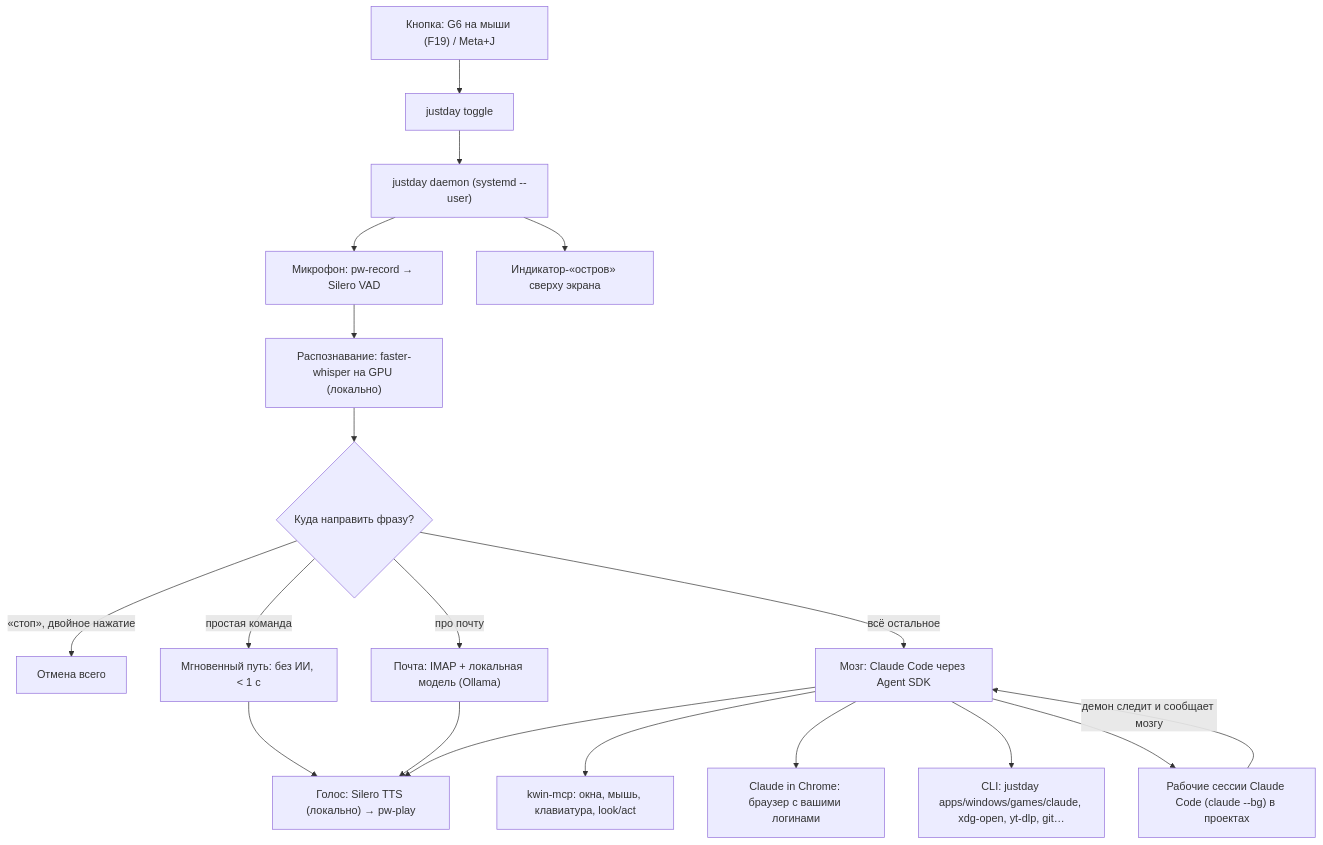
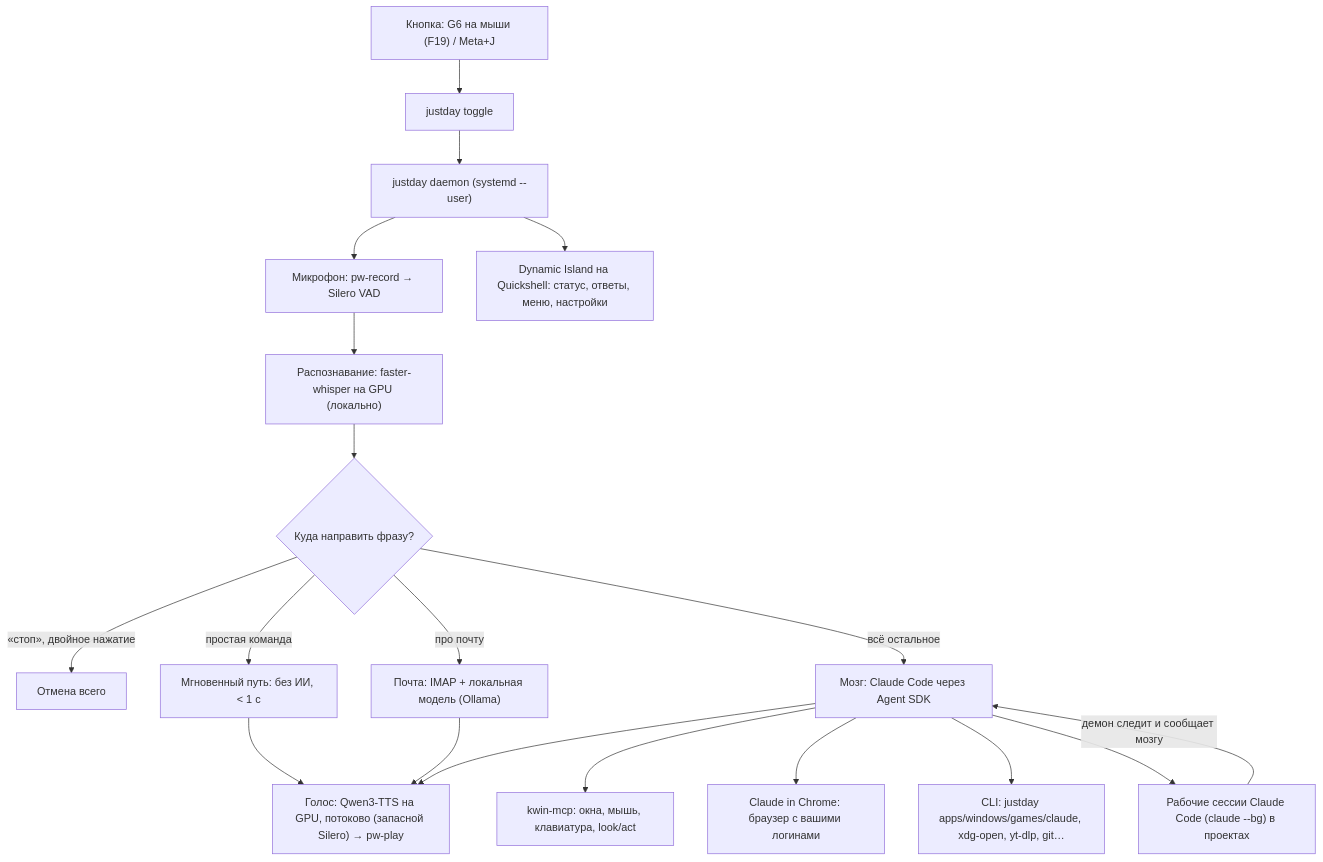
Before and after one commit to 0nigiris/JustDay: the diagram in docs/MANUAL.md, drawn with Mermaid. The commit also changed other lines of this file and 8 other files, not shown here.

````diff
--- a/docs/MANUAL.md
+++ b/docs/MANUAL.md
@@ -30,21 +30,21 @@
 ```mermaid
 flowchart TD
     K["Кнопка: G6 на мыши (F19) / Meta+J"] --> T["justday toggle"]
     T --> D["justday daemon (systemd --user)"]
     D --> MIC["Микрофон: pw-record → Silero VAD"]
     MIC --> STT["Распознавание: faster-whisper на GPU (локально)"]
     STT --> R{"Куда направить фразу?"}
     R -->|"«стоп», двойное нажатие"| C["Отмена всего"]
     R -->|"простая команда"| F["Мгновенный путь: без ИИ, < 1 с"]
     R -->|"про почту"| M["Почта: IMAP + локальная модель (Ollama)"]
     R -->|"всё остальное"| B["Мозг: Claude Code через Agent SDK"]
     B --> H1["kwin-mcp: окна, мышь, клавиатура, look/act"]
     B --> H2["Claude in Chrome: браузер с вашими логинами"]
     B --> H3["CLI: justday apps/windows/games/claude, xdg-open, yt-dlp, git…"]
     B --> W["Рабочие сессии Claude Code (claude --bg) в проектах"]
     W -->|"демон следит и сообщает мозгу"| B
     F --> TTS
     M --> TTS
-    B --> TTS["Голос: Silero TTS (локально) → pw-play"]
-    D --> O["Индикатор-«остров» сверху экрана"]
+    B --> TTS["Голос: Qwen3-TTS на GPU, потоково (запасной Silero) → pw-play"]
+    D --> O["Dynamic Island на Quickshell: статус, ответы, меню, настройки"]
 ```
````
